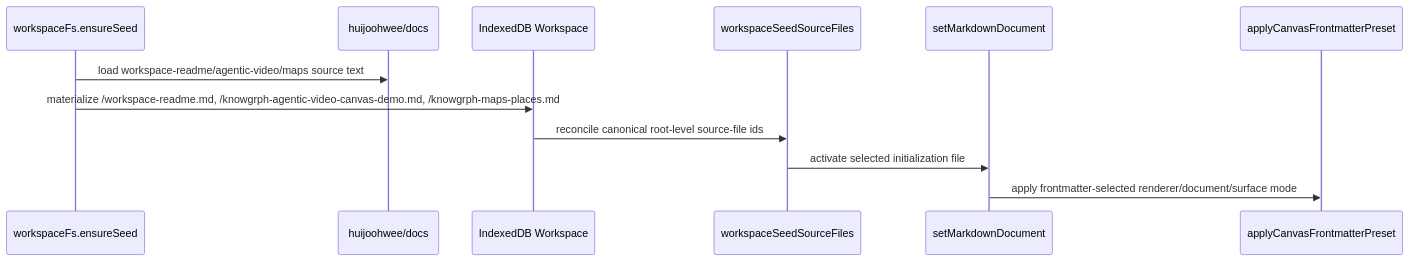
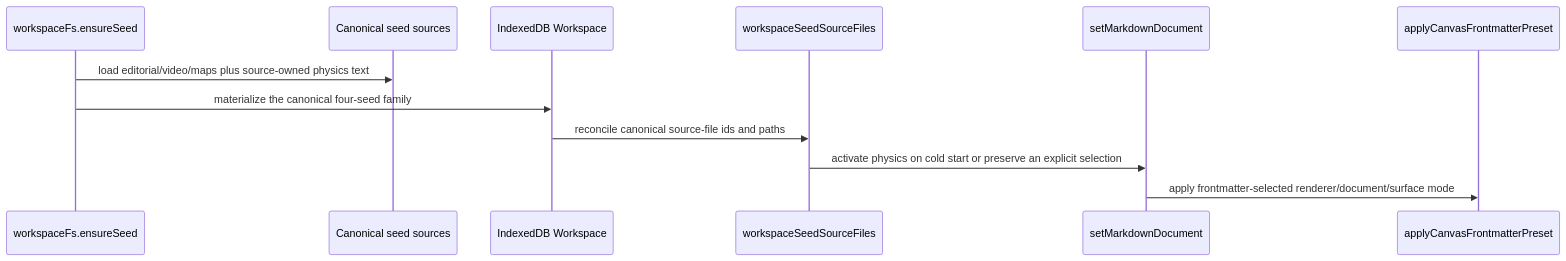
The second of 5 diagrams in docs/documents/knowgrph-source-files-import-document.md (huijoohwee/knowgrph), drawn with Mermaid before and after one commit. The commit also changed other lines of this file and 23 other files, not shown here.

````diff
--- a/docs/documents/knowgrph-source-files-import-document.md
+++ b/docs/documents/knowgrph-source-files-import-document.md
@@ -83,15 +83,15 @@
 ```mermaid
 sequenceDiagram
   participant BOOT as workspaceFs.ensureSeed
-  participant DOCS as huijoohwee/docs
+  participant DOCS as Canonical seed sources
   participant WS as IndexedDB Workspace
   participant SF as workspaceSeedSourceFiles
   participant MD as setMarkdownDocument
   participant FM as applyCanvasFrontmatterPreset
 
-  BOOT->>DOCS: load workspace-readme/agentic-video/maps source text
-  BOOT->>WS: materialize /workspace-readme.md, /knowgrph-agentic-video-canvas-demo.md, /knowgrph-maps-places.md
-  WS->>SF: reconcile canonical root-level source-file ids
-  SF->>MD: activate selected initialization file
+  BOOT->>DOCS: load editorial/video/maps plus source-owned physics text
+  BOOT->>WS: materialize the canonical four-seed family
+  WS->>SF: reconcile canonical source-file ids and paths
+  SF->>MD: activate physics on cold start or preserve an explicit selection
   MD->>FM: apply frontmatter-selected renderer/document/surface mode
 ```
````
